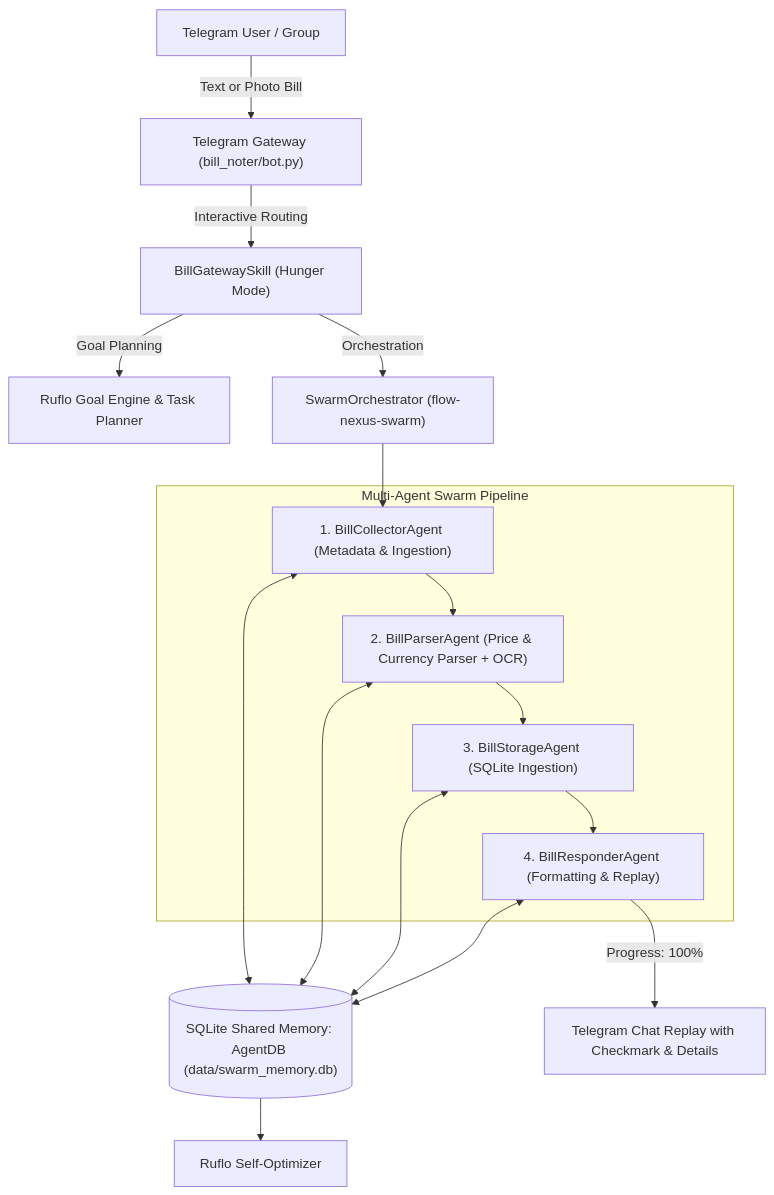
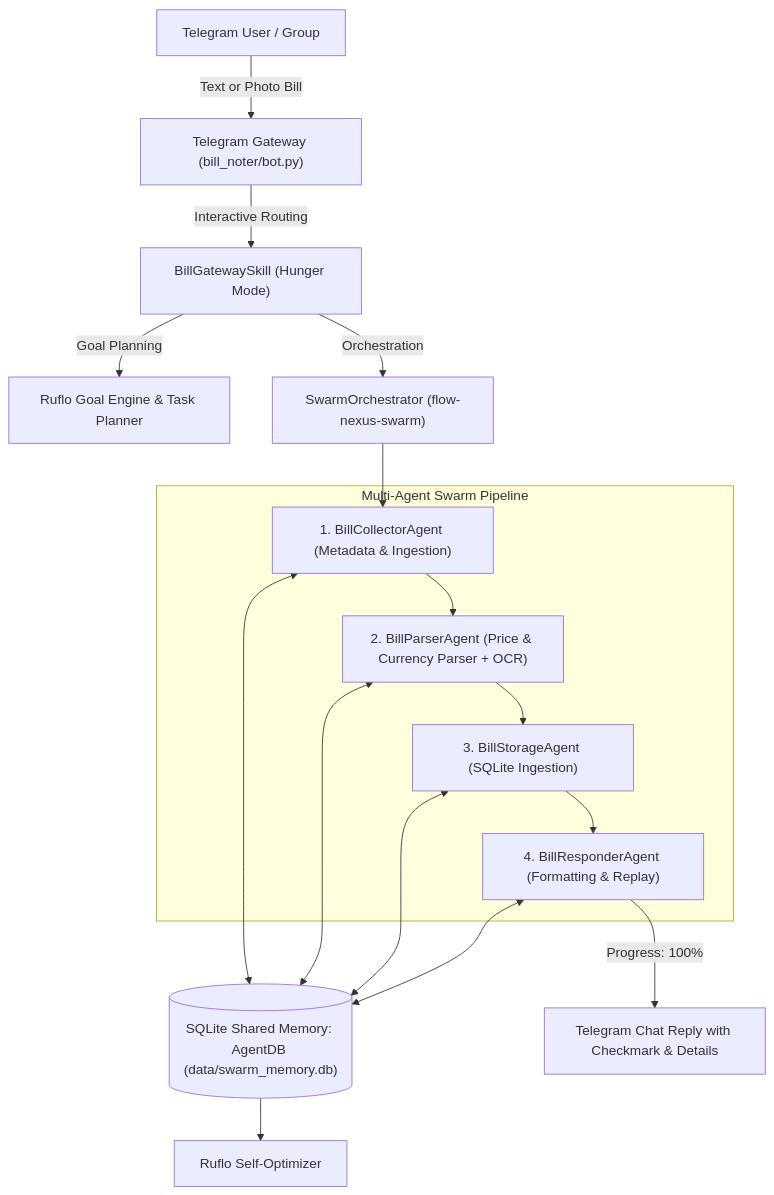
One commit to khuchinque-app/telegram-bill-noter changed the diagram in README.md. Above: the diagram before and after it, drawn with Mermaid. The commit also changed other lines of this file and 32 other files, not shown here.

````diff
--- a/README.md
+++ b/README.md
@@ -23,21 +25,20 @@
 ```mermaid
 graph TD
     User["Telegram User / Group"] -->|Text or Photo Bill| Gateway["Telegram Gateway (bill_noter/bot.py)"]
     Gateway -->|Interactive Routing| Skill["BillGatewaySkill (Hunger Mode)"]
-    
+
     Skill -->|Goal Planning| Ruflo["Ruflo Goal Engine & Task Planner"]
     Skill -->|Orchestration| Swarm["SwarmOrchestrator (flow-nexus-swarm)"]
-    
+
     subgraph Multi-Agent Swarm Pipeline
         C["1. BillCollectorAgent (Metadata & Ingestion)"] --> P["2. BillParserAgent (Price & Currency Parser + OCR)"]
         P --> S["3. BillStorageAgent (SQLite Ingestion)"]
         S --> R["4. BillResponderAgent (Formatting & Replay)"]
     end
-    
+
     Swarm --> C
-    
     C & P & S & R <--> DB[("SQLite Shared Memory: AgentDB (data/swarm_memory.db)")]
     DB --> Opt["Ruflo Self-Optimizer"]
-    
-    R -->|Progress: 100%| Reply["Telegram Chat Replay with Checkmark & Details"]
+
+    R -->|Progress: 100%| Reply["Telegram Chat Reply with Checkmark & Details"]
 ```
````
